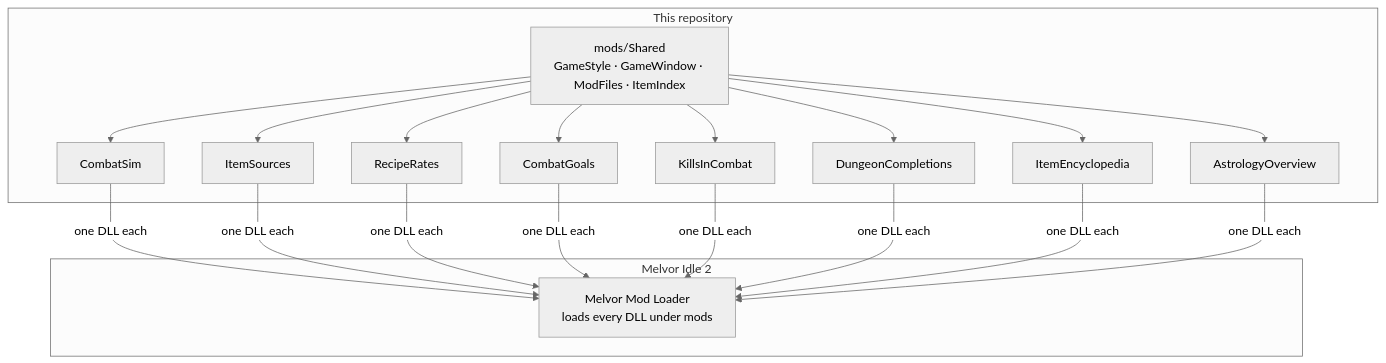
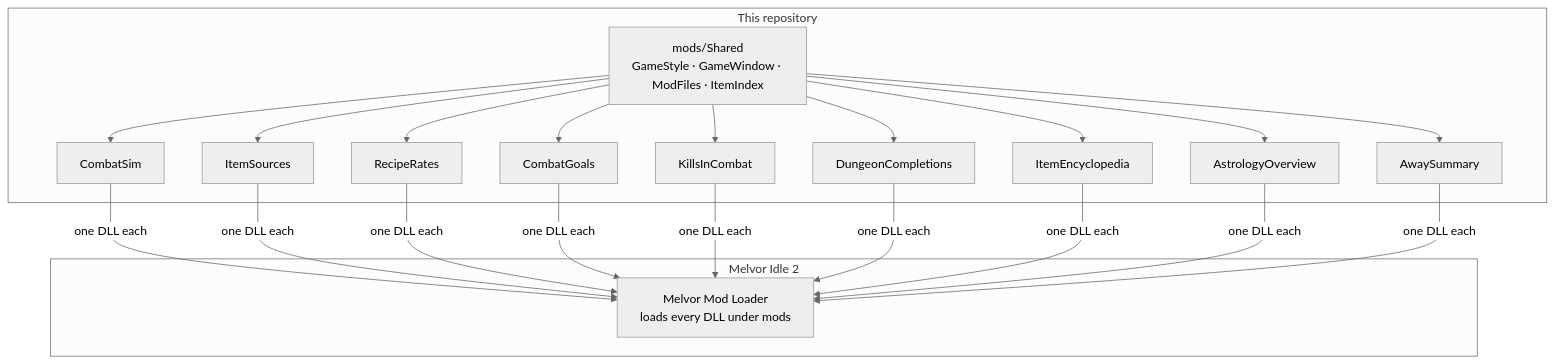
Before and after one commit to 149segolte/melvor-idle-2-qol-mods: the diagram in README.md, drawn with Mermaid (neutral theme). The commit also changed other lines of this file and 20 other files, not shown here.

First line of the commit message:
Away Summary, a new mod: what changed while you were away (#33)

````diff
--- a/README.md
+++ b/README.md
@@ -186,19 +196,20 @@
 ```mermaid
 flowchart TB
     subgraph game["Melvor Idle 2"]
         L["Melvor Mod Loader<br/>loads every DLL under mods"]
     end
     subgraph repo["This repository"]
         S["mods/Shared<br/>GameStyle · GameWindow · ModFiles · ItemIndex"]
         M1["CombatSim"]
         M2["ItemSources"]
         M3["RecipeRates"]
         M4["CombatGoals"]
         M5["KillsInCombat"]
         M6["DungeonCompletions"]
         M7["ItemEncyclopedia"]
         M8["AstrologyOverview"]
+        M9["AwaySummary"]
     end
-    S --> M1 & M2 & M3 & M4 & M5 & M6 & M7 & M8
-    M1 & M2 & M3 & M4 & M5 & M6 & M7 & M8 -->|"one DLL each"| L
+    S --> M1 & M2 & M3 & M4 & M5 & M6 & M7 & M8 & M9
+    M1 & M2 & M3 & M4 & M5 & M6 & M7 & M8 & M9 -->|"one DLL each"| L
 ```
````
